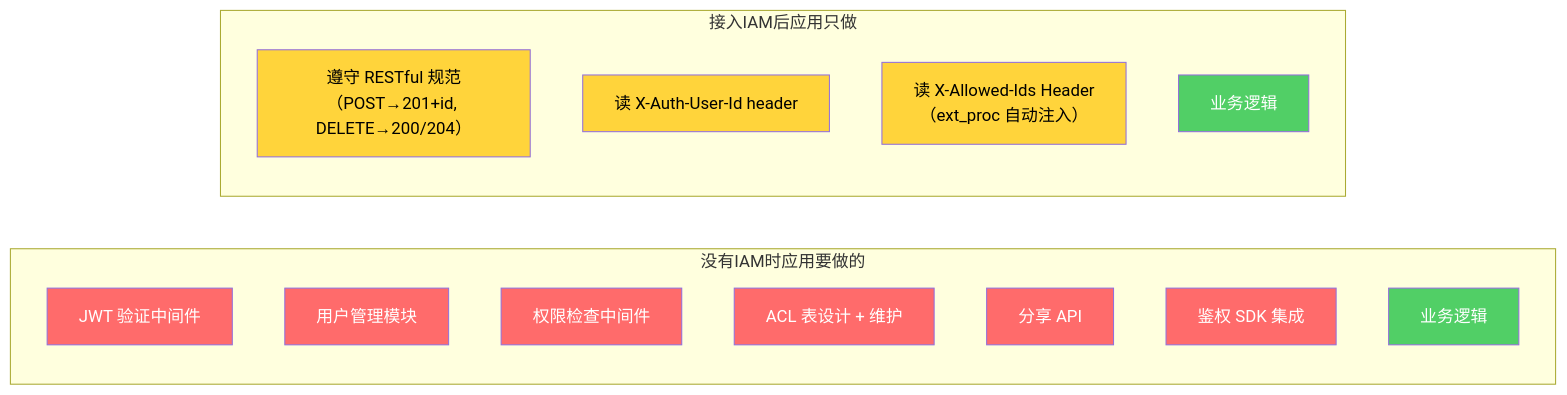
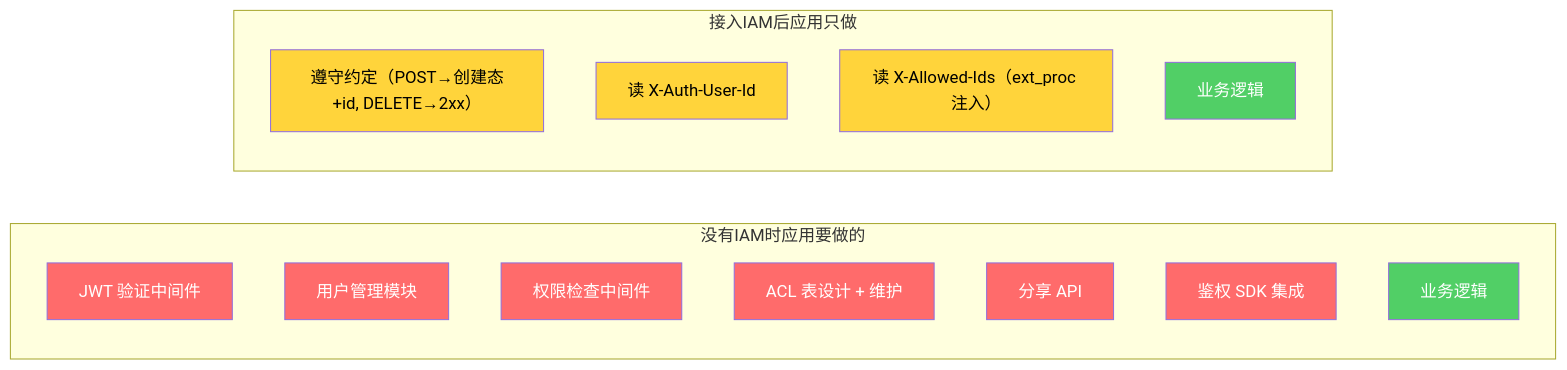
The eighth of 8 diagrams in diagrams/onboarding-flow.md (xiewanchao/aidp-iam), drawn with Mermaid before and after one commit. The commit also changed other lines of this file and 3 other files, not shown here.

````diff
--- a/diagrams/onboarding-flow.md
+++ b/diagrams/onboarding-flow.md
@@ -578,33 +593,33 @@
 ```mermaid
 flowchart LR
     subgraph 没有IAM时应用要做的
         direction TB
         W1[JWT 验证中间件]
         W2[用户管理模块]
         W3[权限检查中间件]
         W4[ACL 表设计 + 维护]
         W5[分享 API]
         W6[鉴权 SDK 集成]
         W7[业务逻辑]
     end
 
     subgraph 接入IAM后应用只做
         direction TB
-        S1["遵守 RESTful 规范<br/>（POST→201+id, DELETE→200/204）"]
-        S2["读 X-Auth-User-Id header"]
-        S3["读 X-Allowed-Ids Header<br/>（ext_proc 自动注入）"]
+        S1["遵守约定（POST→创建态+id, DELETE→2xx）"]
+        S2["读 X-Auth-User-Id"]
+        S3["读 X-Allowed-Ids（ext_proc 注入）"]
         S4[业务逻辑]
     end
 
     style W1 fill:#ff6b6b,color:#fff
     style W2 fill:#ff6b6b,color:#fff
     style W3 fill:#ff6b6b,color:#fff
     style W4 fill:#ff6b6b,color:#fff
     style W5 fill:#ff6b6b,color:#fff
     style W6 fill:#ff6b6b,color:#fff
     style W7 fill:#51cf66,color:#fff
     style S1 fill:#ffd43b,color:#000
     style S2 fill:#ffd43b,color:#000
     style S3 fill:#ffd43b,color:#000
     style S4 fill:#51cf66,color:#fff
 ```
````
